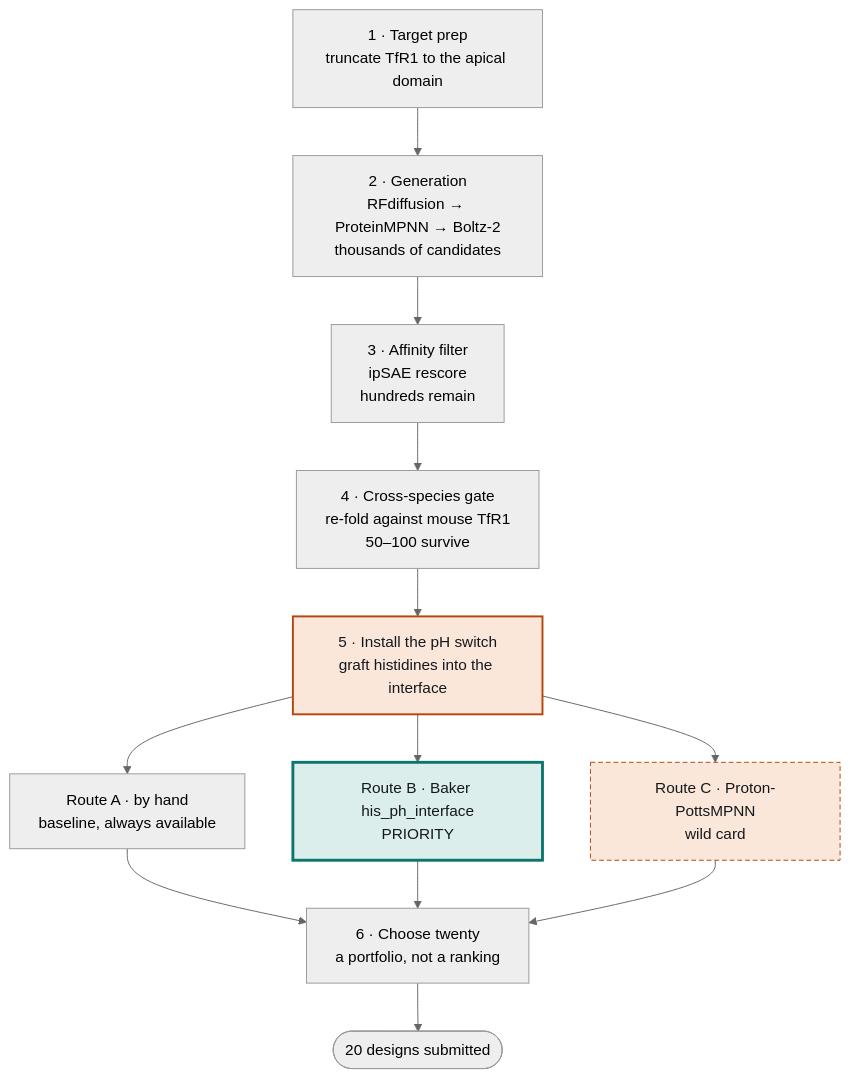
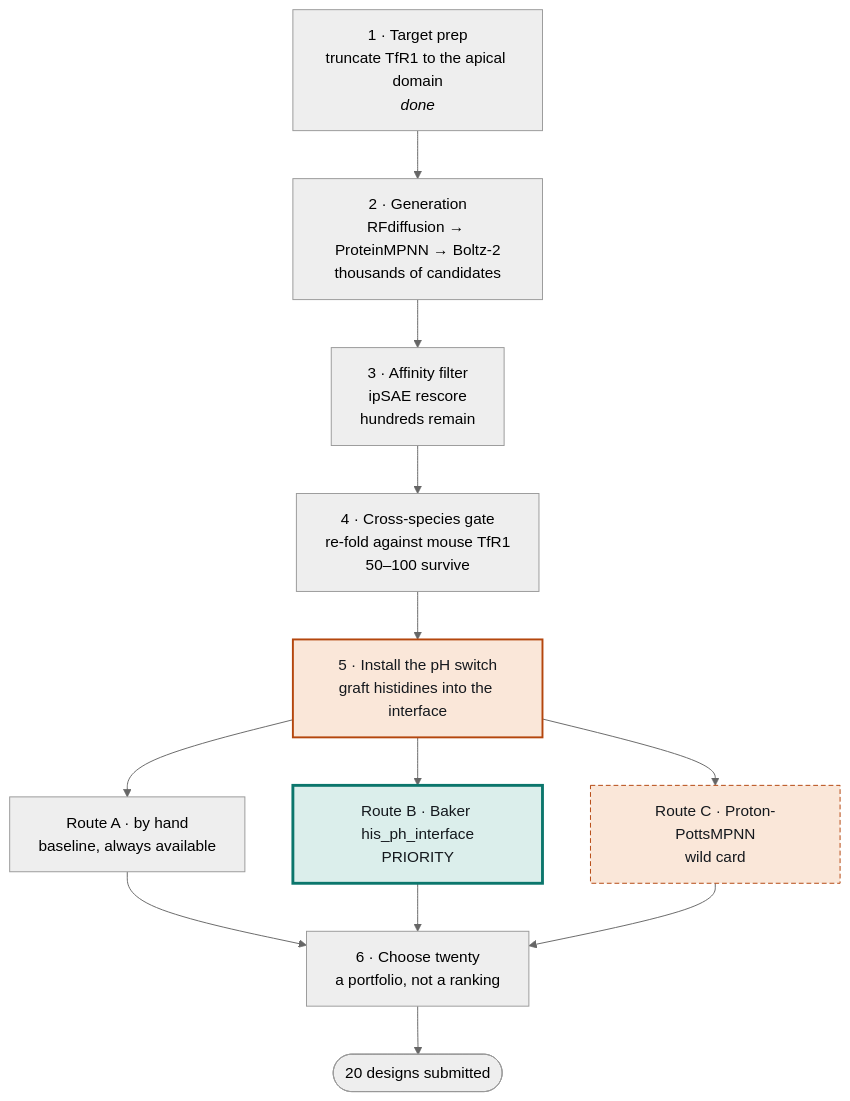
The diagram in README.md (olimpijada72/tfr1-design), drawn with Mermaid (neutral theme) before and after one commit. The commit also changed other lines of this file and 2 other files, not shown here.

````diff
--- a/README.md
+++ b/README.md
@@ -37,26 +37,26 @@
 ```mermaid
 flowchart TD
-    S1["1 · Target prep<br/>truncate TfR1 to the apical domain"]
+    S1["1 · Target prep<br/>truncate TfR1 to the apical domain<br/><i>done</i>"]
     S2["2 · Generation<br/>RFdiffusion → ProteinMPNN → Boltz-2<br/>thousands of candidates"]
     S3["3 · Affinity filter<br/>ipSAE rescore<br/>hundreds remain"]
     S4["4 · Cross-species gate<br/>re-fold against mouse TfR1<br/>50–100 survive"]
     S5["5 · Install the pH switch<br/>graft histidines into the interface"]
     S6["6 · Choose twenty<br/>a portfolio, not a ranking"]
     OUT(["20 designs submitted"])
 
     S1 --> S2 --> S3 --> S4 --> S5
     S5 --> RA["Route A · by hand<br/>baseline, always available"]
     S5 --> RB["Route B · Baker his_ph_interface<br/>PRIORITY"]
     S5 --> RC["Route C · Proton-PottsMPNN<br/>wild card"]
     RA --> S6
     RB --> S6
     RC --> S6
     S6 --> OUT
 
     classDef pri fill:#dbeeeb,stroke:#0b766c,stroke-width:3px,color:#14181d
     classDef wild fill:#fae7d9,stroke:#b4460d,stroke-dasharray:5 3,color:#14181d
     classDef switch fill:#fae7d9,stroke:#b4460d,stroke-width:2px,color:#14181d
     class RB pri
     class RC wild
     class S5 switch
 ```
````
